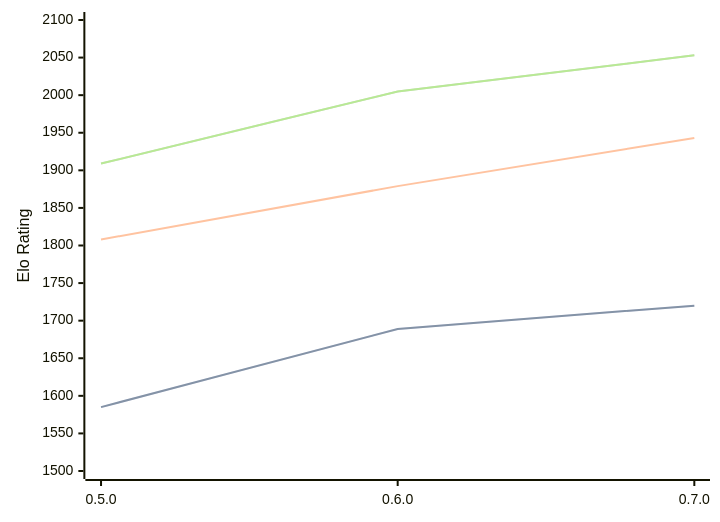
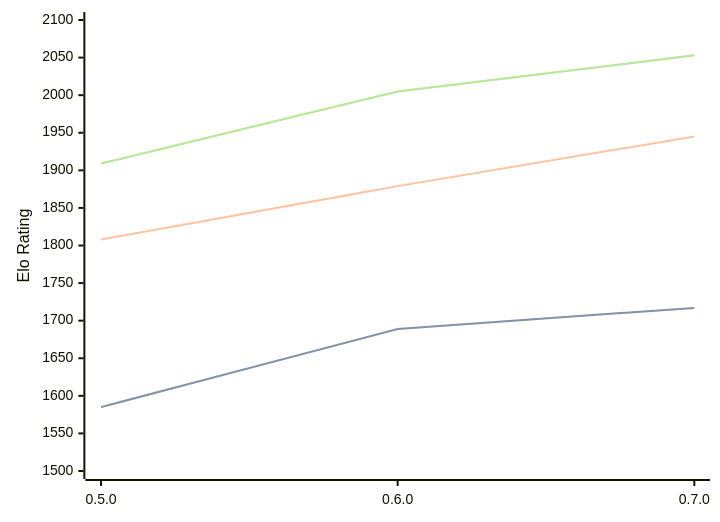
The diagram in engines/Chess-rs.md (computer-chess-index/cci), drawn with Mermaid before and after one commit. The commit also changed other lines of this file, not shown here.

Commit message:
Update CCI Ratings (ELO VLTC) - 2026-04-09

````diff
--- a/engines/Chess-rs.md
+++ b/engines/Chess-rs.md
@@ -41,11 +41,11 @@
 ```mermaid
 %%{init: {"theme":"base","themeVariables":{"seriesColors:['#a3a3a3','#222221','#faa371']}}}%%
 xychart-beta
   x-axis ["0.5.0", "0.6.0", "0.7.0"]
   y-axis "Elo Rating" 1500 --> 2100
-  line "STC (8.0+0.08s)" [1585, 1689, 1720]
-  line "STC (8.0+0.08s)" [1585, 1689, 1720]
-  line "LTC (60.0+0.60s)" [1808, 1879, 1943]
+  line "STC (8.0+0.08s)" [1585, 1689, 1717]
+  line "STC (8.0+0.08s)" [1585, 1689, 1717]
+  line "LTC (60.0+0.60s)" [1808, 1879, 1945]
   line "VLTC (2m24s+1.12s)" [1909, 2005, 2053]
   line "VLTC (2m24s+1.12s)" [1909, 2005, 2053]
 ```
````
